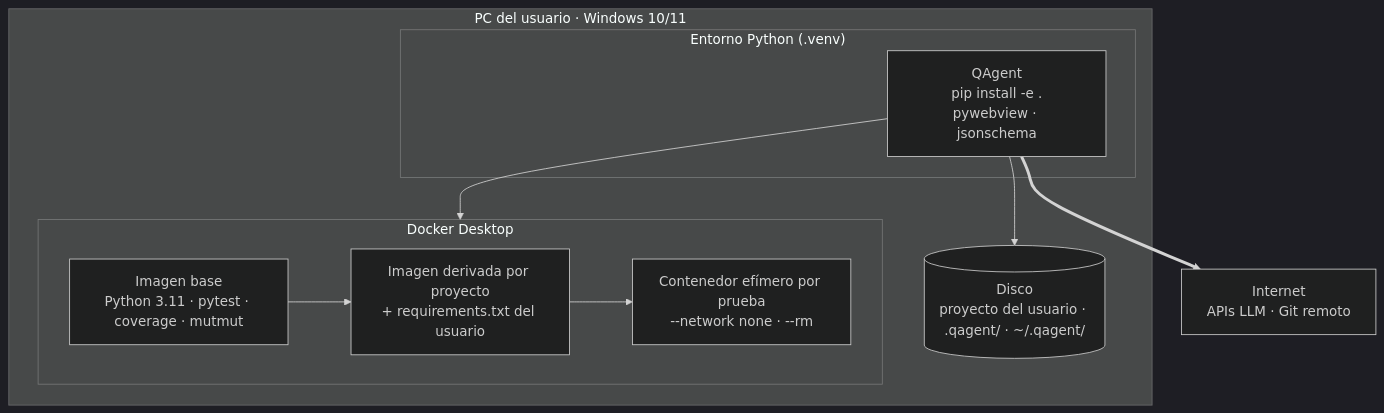
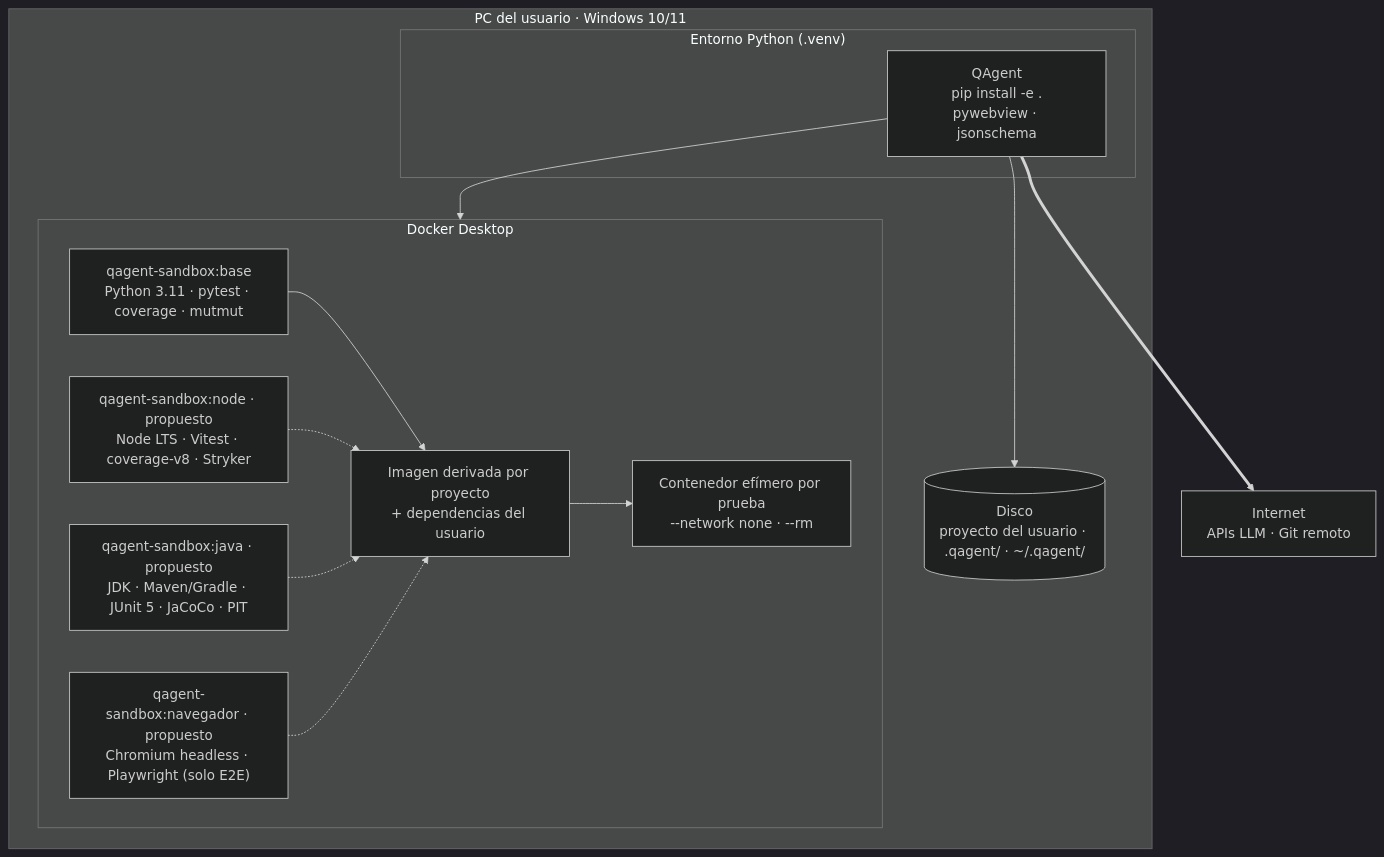
Diagram 11 of 12 in docs/arquitectura.md (AngelOncoy/QAgent), drawn with Mermaid (dark theme) before and after one commit. The commit also changed other lines of this file, not shown here.

First line of the commit message:
docs(EN-20): arquitectura del Sprint 2 en docs/arquitectura.md

````diff
--- a/docs/arquitectura.md
+++ b/docs/arquitectura.md
@@ -524,20 +606,26 @@
 ```mermaid
 flowchart TB
     subgraph WIN["PC del usuario · Windows 10/11"]
         subgraph VENV["Entorno Python (.venv)"]
             QA["QAgent<br/>pip install -e .<br/>pywebview · jsonschema"]
         end
         subgraph DD["Docker Desktop"]
-            IMG["Imagen base<br/>Python 3.11 · pytest · coverage · mutmut"]
-            IMGP["Imagen derivada por proyecto<br/>+ requirements.txt del usuario"]
+            IMG["qagent-sandbox:base<br/>Python 3.11 · pytest · coverage · mutmut"]
+            IMGN["qagent-sandbox:node · propuesto<br/>Node LTS · Vitest · coverage-v8 · Stryker"]
+            IMGJ["qagent-sandbox:java · propuesto<br/>JDK · Maven/Gradle · JUnit 5 · JaCoCo · PIT"]
+            IMGE["qagent-sandbox:navegador · propuesto<br/>Chromium headless · Playwright (solo E2E)"]
+            IMGP["Imagen derivada por proyecto<br/>+ dependencias del usuario"]
             CT["Contenedor efímero por prueba<br/>--network none · --rm"]
             IMG --> IMGP --> CT
+            IMGN -.-> IMGP
+            IMGJ -.-> IMGP
+            IMGE -.-> IMGP
         end
         FS[("Disco<br/>proyecto del usuario · .qagent/ · ~/.qagent/")]
     end
     NET["Internet<br/>APIs LLM · Git remoto"]
 
     QA --> DD
     QA --> FS
     QA ==> NET
 ```
````
